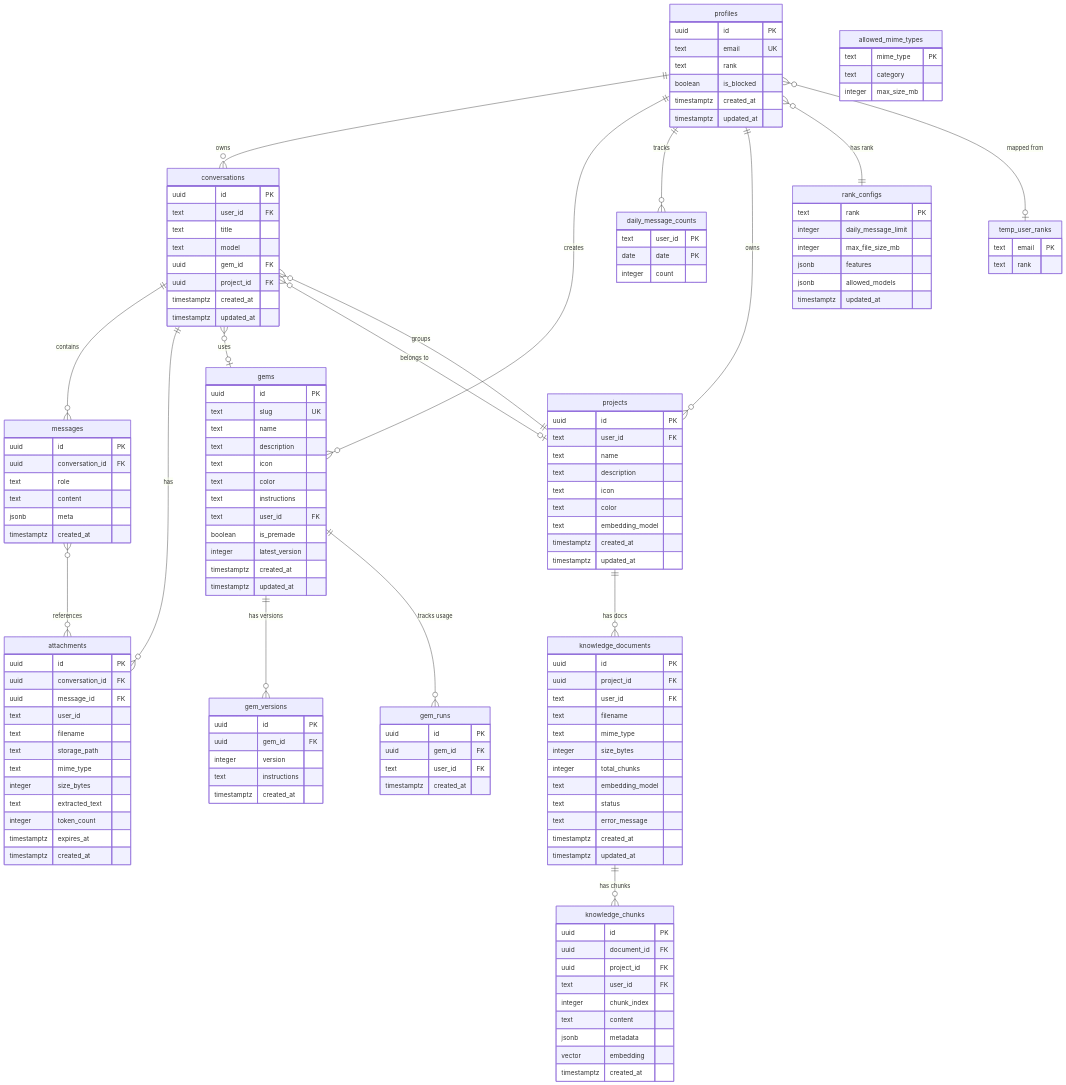
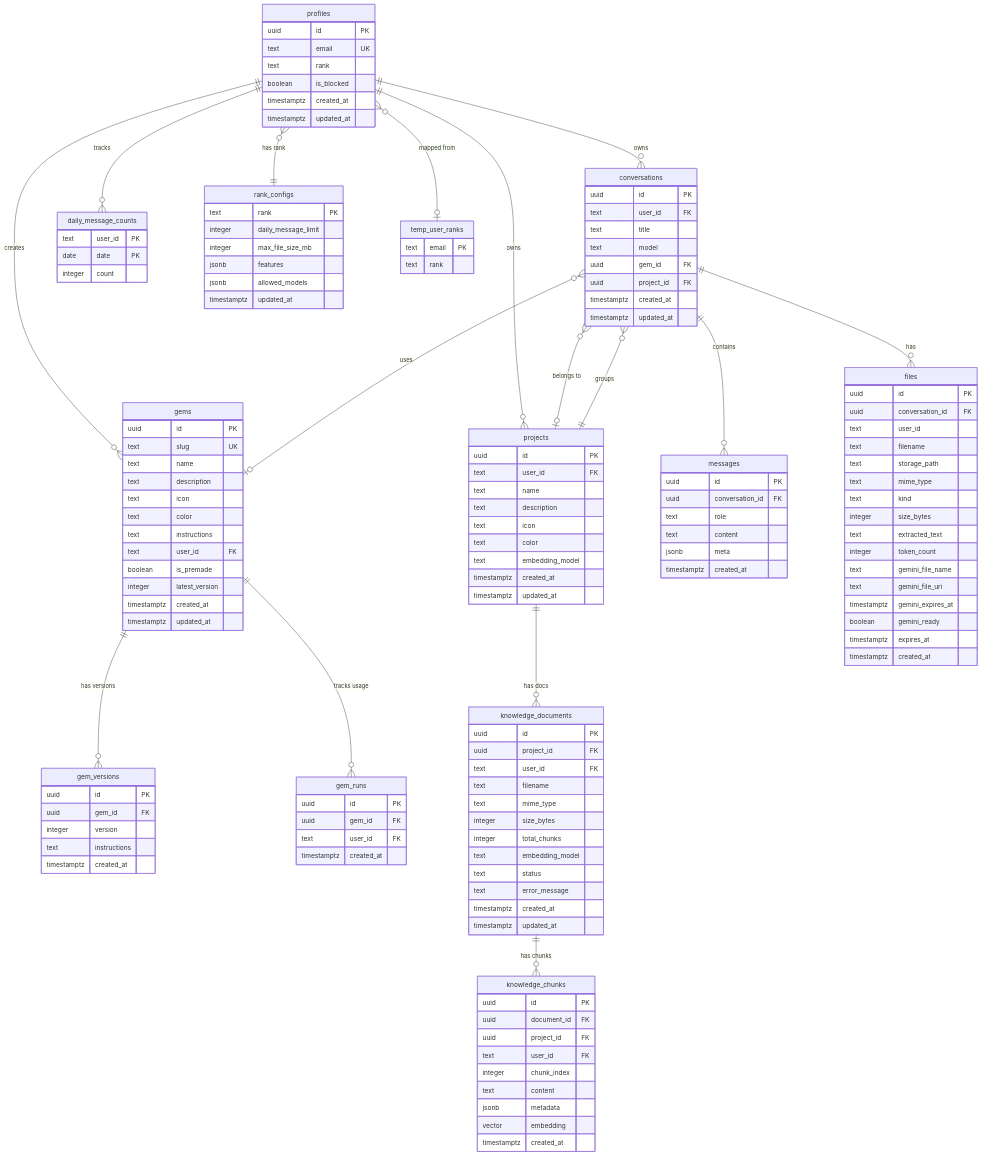
One commit to wyemhu12/vikini changed the diagram in docs/database-schema.md. Above: the diagram before and after it, drawn with Mermaid. The commit also changed other lines of this file and 4 other files, not shown here.

```diff
--- a/docs/database-schema.md
+++ b/docs/database-schema.md
@@ -17,14 +17,14 @@
     profiles }o--o| temp_user_ranks : "mapped from"
 
     conversations ||--o{ messages : "contains"
-    conversations ||--o{ attachments : "has"
+    conversations ||--o{ files : "has"
     conversations }o--o| gems : "uses"
     conversations }o--o| projects : "belongs to"
 
     gems ||--o{ gem_versions : "has versions"
     gems ||--o{ gem_runs : "tracks usage"
 
-    messages }o--o{ attachments : "references"
+
 
     profiles {
         uuid id PK
@@ -94,17 +94,21 @@
         timestamptz created_at
     }
 
-    attachments {
+    files {
         uuid id PK
         uuid conversation_id FK
-        uuid message_id FK
         text user_id
         text filename
         text storage_path
         text mime_type
+        text kind
         integer size_bytes
         text extracted_text
         integer token_count
+        text gemini_file_name
+        text gemini_file_uri
+        timestamptz gemini_expires_at
+        boolean gemini_ready
         timestamptz expires_at
         timestamptz created_at
     }
@@ -118,12 +122,6 @@
     temp_user_ranks {
         text email PK
         text rank
-    }
-
-    allowed_mime_types {
-        text mime_type PK
-        text category
-        integer max_size_mb
     }
 
     projects ||--o{ knowledge_documents : "has docs"
```
